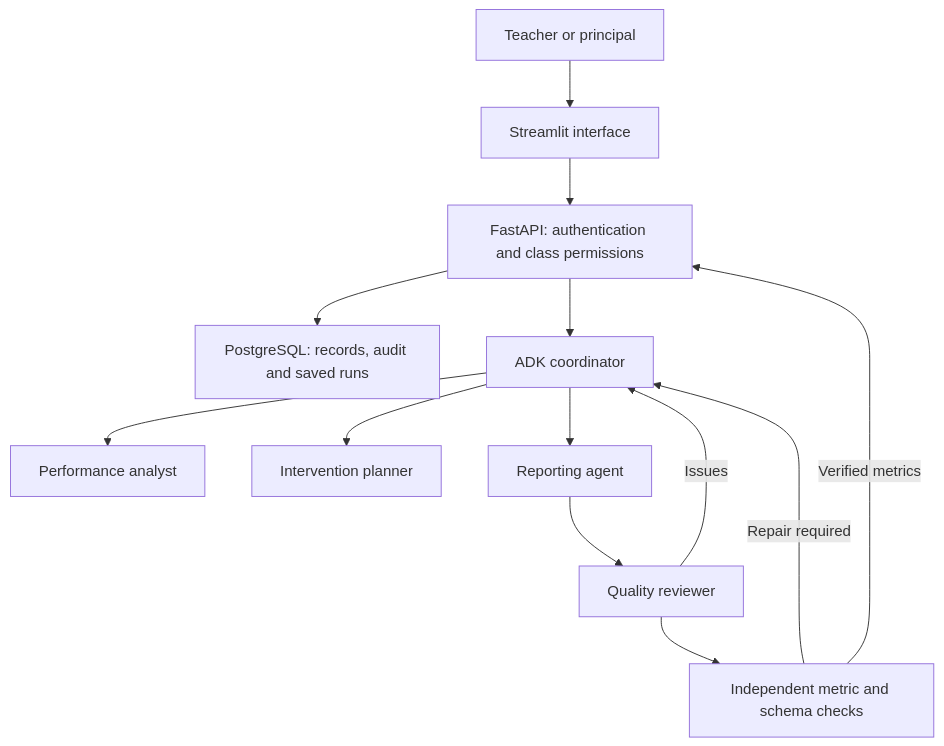
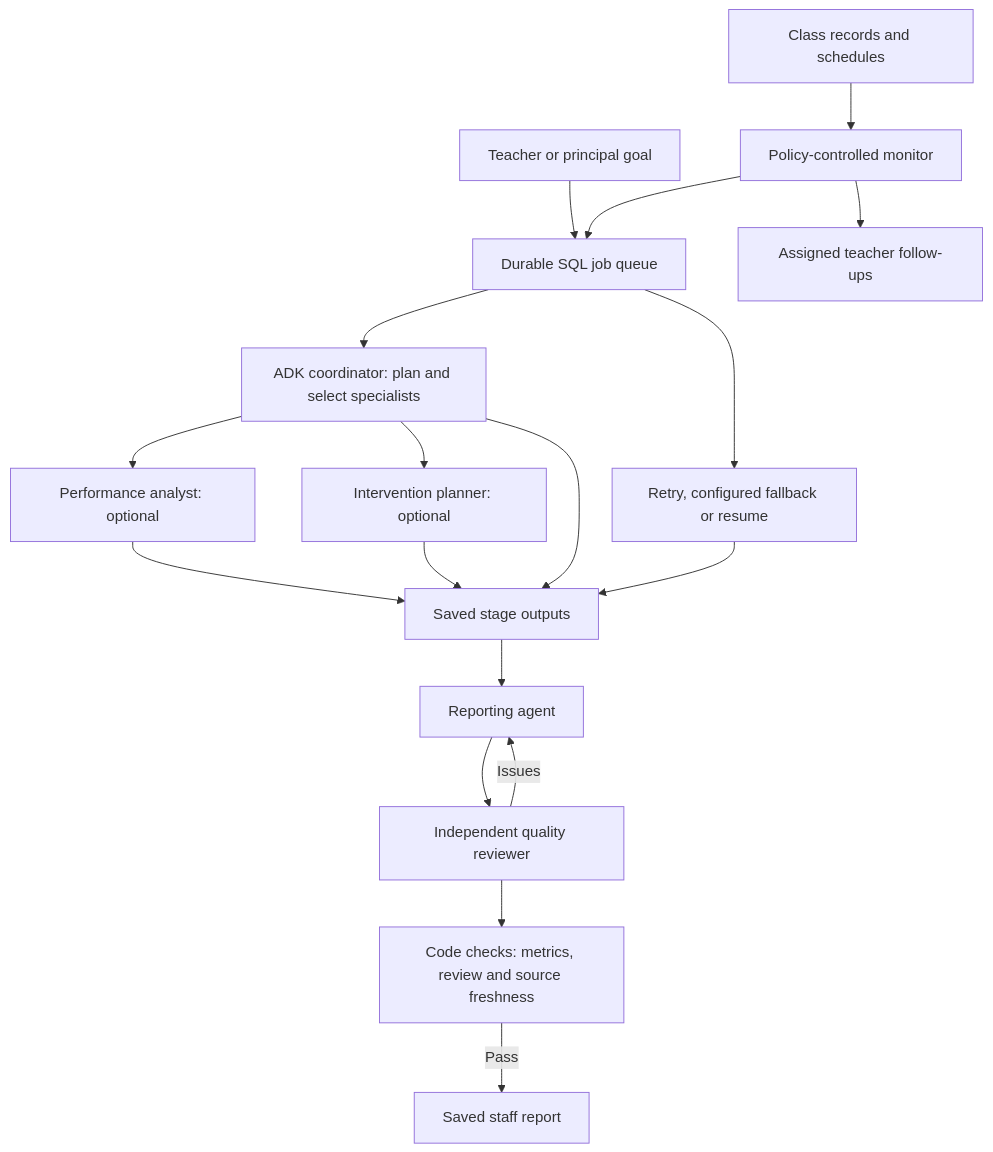
Before and after one commit to OagengKunene/Digital-Performance-Administrator-Employee: the diagram in docs/architecture.md, drawn with Mermaid. The commit also changed other lines of this file and 32 other files, not shown here.

First line of the commit message:
Add autonomous monitoring and resumable ADK jobs with Groq support

````diff
--- a/docs/architecture.md
+++ b/docs/architecture.md
@@ -5,15 +7,20 @@
 ```mermaid
 flowchart TD
-  Staff["Teacher or principal"] --> UI["Streamlit interface"]
-  UI --> API["FastAPI: authentication and class permissions"]
-  API --> DB["PostgreSQL: records, audit and saved runs"]
-  API --> Coordinator["ADK coordinator"]
-  Coordinator --> Analyst["Performance analyst"]
-  Coordinator --> Support["Intervention planner"]
-  Coordinator --> Reporter["Reporting agent"]
-  Reporter --> Reviewer["Quality reviewer"]
-  Reviewer -->|Issues| Coordinator
-  Reviewer --> Gate["Independent metric and schema checks"]
-  Gate -->|Repair required| Coordinator
-  Gate -->|Verified metrics| API
+  Records["Class records and schedules"] --> Monitor["Policy-controlled monitor"]
+  Staff["Teacher or principal goal"] --> Queue["Durable SQL job queue"]
+  Monitor --> Follow["Assigned teacher follow-ups"]
+  Monitor --> Queue
+  Queue --> Planner["ADK coordinator: plan and select specialists"]
+  Planner --> Analyst["Performance analyst: optional"]
+  Planner --> Support["Intervention planner: optional"]
+  Analyst --> Saved["Saved stage outputs"]
+  Support --> Saved
+  Planner --> Saved
+  Saved --> Reporter["Reporting agent"]
+  Reporter --> Reviewer["Independent quality reviewer"]
+  Reviewer -->|Issues| Reporter
+  Reviewer --> Gate["Code checks: metrics, review and source freshness"]
+  Gate -->|Pass| Report["Saved staff report"]
+  Queue --> Recovery["Retry, configured fallback or resume"]
+  Recovery --> Saved
 ```
````
